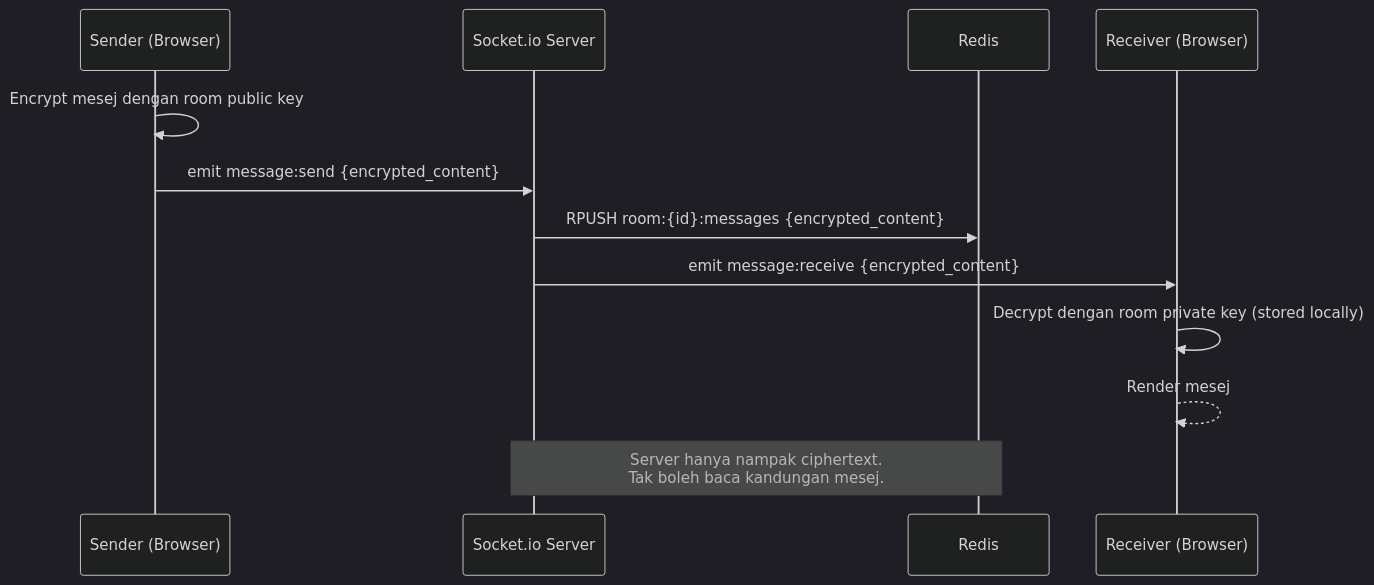
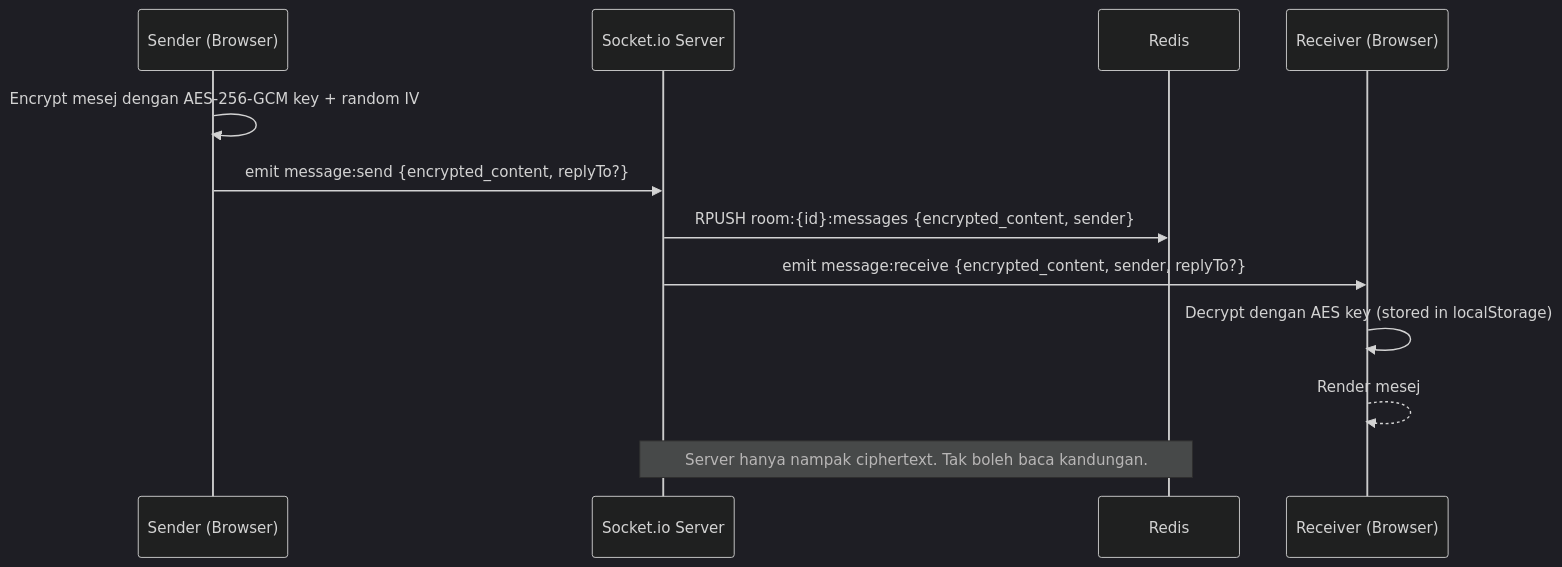
Before and after one commit to snsyaqirah/KacipLuhh: the ninth of 13 diagrams in README.md, drawn with Mermaid (dark theme). The commit also changed other lines of this file, not shown here.

````diff
--- a/README.md
+++ b/README.md
@@ -344,15 +379,15 @@
 ```mermaid
 sequenceDiagram
     participant SA as Sender (Browser)
     participant SV as Socket.io Server
     participant RB as Redis
     participant RB2 as Receiver (Browser)
 
-    SA->>SA: Encrypt mesej dengan room public key
-    SA->>SV: emit message:send {encrypted_content}
-    SV->>RB: RPUSH room:{id}:messages {encrypted_content}
-    SV->>RB2: emit message:receive {encrypted_content}
-    RB2->>RB2: Decrypt dengan room private key (stored locally)
+    SA->>SA: Encrypt mesej dengan AES-256-GCM key + random IV
+    SA->>SV: emit message:send {encrypted_content, replyTo?}
+    SV->>RB: RPUSH room:{id}:messages {encrypted_content, sender}
+    SV->>RB2: emit message:receive {encrypted_content, sender, replyTo?}
+    RB2->>RB2: Decrypt dengan AES key (stored in localStorage)
     RB2-->>RB2: Render mesej
-    Note over SV,RB: Server hanya nampak ciphertext.<br/>Tak boleh baca kandungan mesej.
+    Note over SV,RB: Server hanya nampak ciphertext. Tak boleh baca kandungan.
 ```
````
